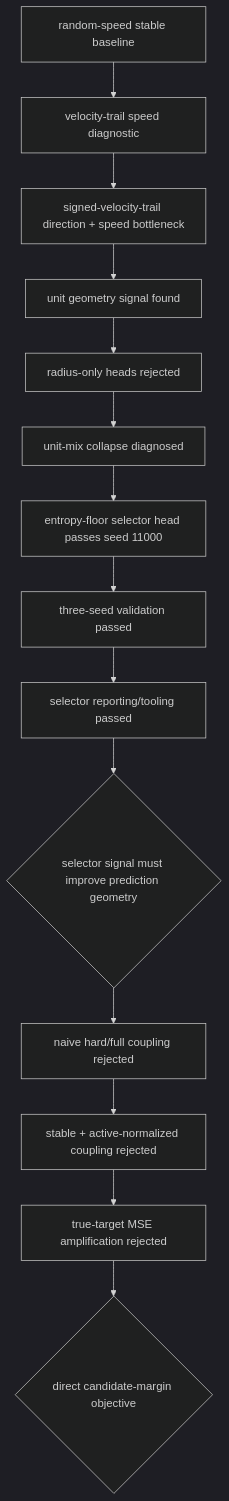
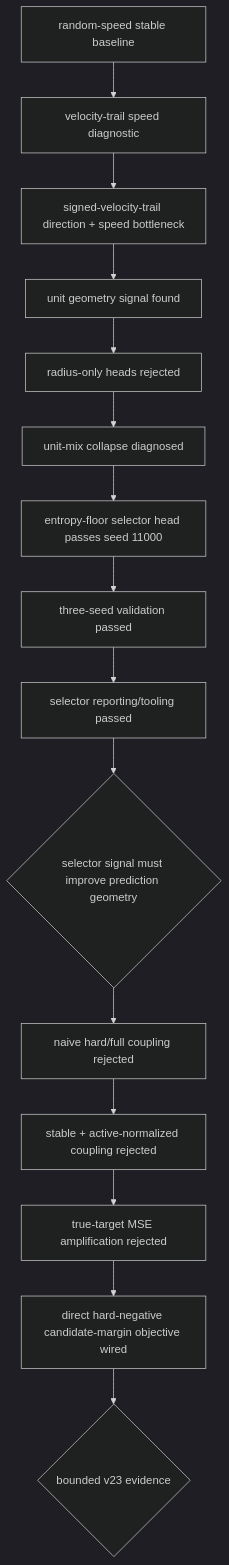
Before and after one commit to ChrisRPL/jepra: the second of 2 diagrams in README.md, drawn with Mermaid (dark theme). The commit also changed other lines of this file and 7 other files, not shown here.

Commit message:
feat: add direct candidate-margin objective

````diff
--- a/README.md
+++ b/README.md
@@ -81,16 +82,17 @@
 ```mermaid
 flowchart TD
   A[random-speed stable baseline] --> B[velocity-trail speed diagnostic]
   B --> C[signed-velocity-trail direction + speed bottleneck]
   C --> D[unit geometry signal found]
   D --> E[radius-only heads rejected]
   E --> F[unit-mix collapse diagnosed]
   F --> G[entropy-floor selector head passes seed 11000]
   G --> H[three-seed validation passed]
   H --> I[selector reporting/tooling passed]
   I --> J{selector signal must improve prediction geometry}
   J --> K[naive hard/full coupling rejected]
   K --> L[stable + active-normalized coupling rejected]
   L --> M[true-target MSE amplification rejected]
-  M --> N{direct candidate-margin objective}
+  M --> N[direct hard-negative candidate-margin objective wired]
+  N --> O{bounded v23 evidence}
 ```
````
